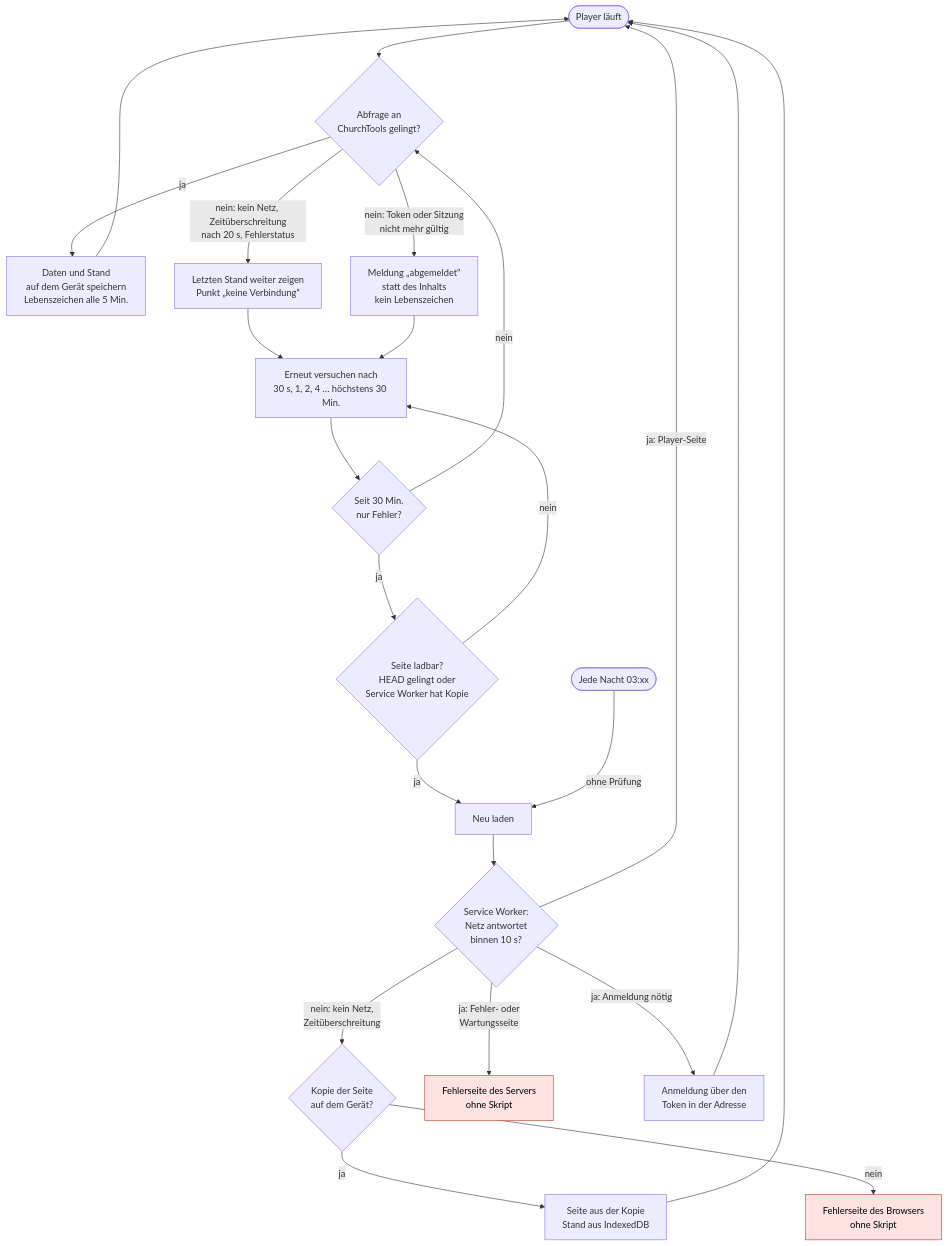
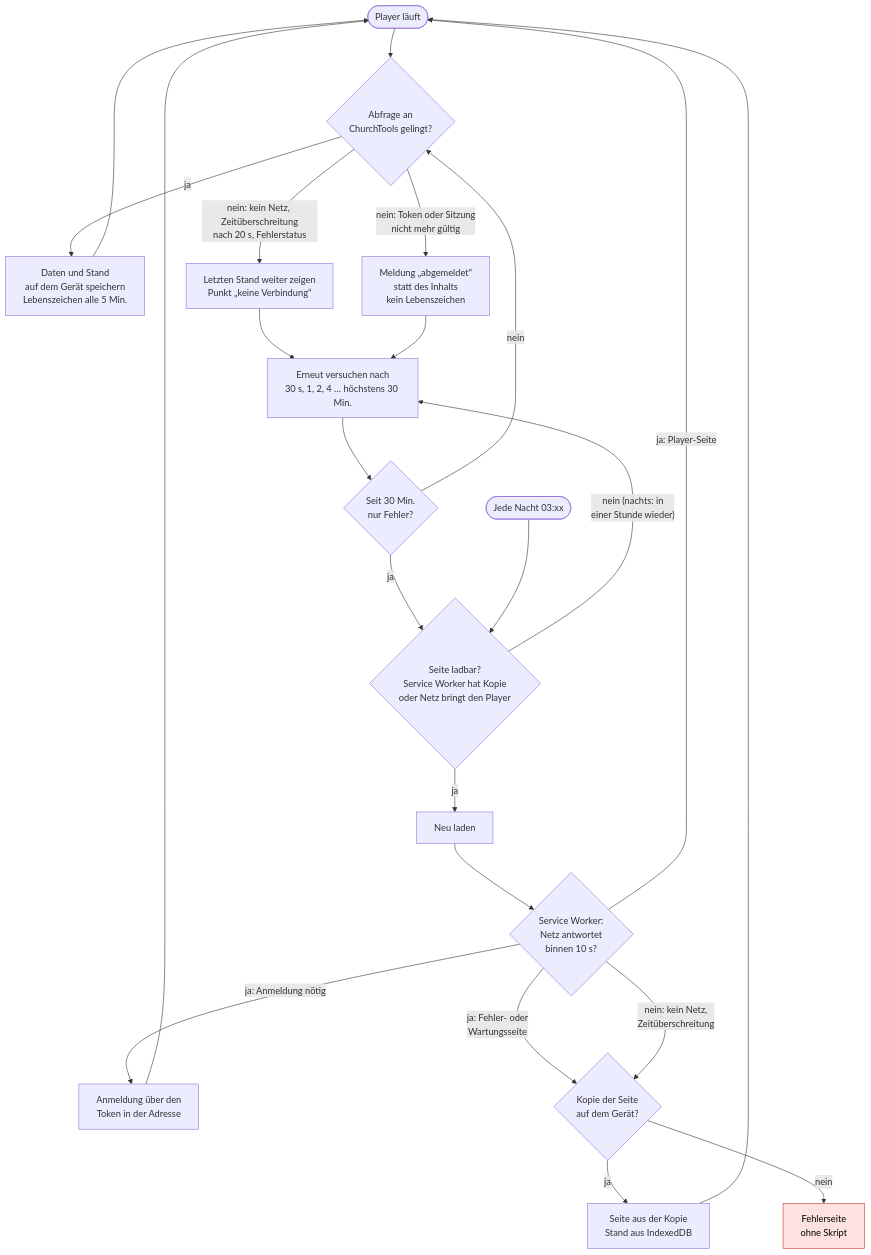
Before and after one commit to wirsindcgks/churchtools-infoscreen: the diagram in docs/Ausfall.md, drawn with Mermaid. The commit also changed other lines of this file and 5 other files, not shown here.

First line of the commit message:
Ausfall von ChurchTools: Kopie statt Fehlerseite, Neuladen nur in den Player (#222)

````diff
--- a/docs/Ausfall.md
+++ b/docs/Ausfall.md
@@ -21,27 +19,27 @@
 ```mermaid
 flowchart TD
     A([Player läuft]) --> B{Abfrage an<br/>ChurchTools gelingt?}
     B -- ja --> C[Daten und Stand<br/>auf dem Gerät speichern<br/>Lebenszeichen alle 5 Min.]
     C --> A
     B -- "nein: kein Netz, Zeitüberschreitung<br/>nach 20 s, Fehlerstatus" --> D[Letzten Stand weiter zeigen<br/>Punkt „keine Verbindung“]
+    B -- "nein: Token oder Sitzung<br/>nicht mehr gültig" --> Z[Meldung „abgemeldet“<br/>statt des Inhalts<br/>kein Lebenszeichen]
     D --> E[Erneut versuchen nach<br/>30 s, 1, 2, 4 … höchstens 30 Min.]
+    Z --> E
     E --> F{Seit 30 Min.<br/>nur Fehler?}
     F -- nein --> B
-    F -- ja --> G{Seite ladbar?<br/>HEAD gelingt oder<br/>Service Worker hat Kopie}
-    G -- nein --> E
+    F -- ja --> G
+    N([Jede Nacht 03:xx]) --> G{Seite ladbar?<br/>Service Worker hat Kopie<br/>oder Netz bringt den Player}
+    G -- "nein (nachts: in<br/>einer Stunde wieder)" --> E
     G -- ja --> R
-    N([Jede Nacht 03:xx]) -- "ohne Prüfung" --> R
 
     R[Neu laden] --> S{Service Worker:<br/>Netz antwortet<br/>binnen 10 s?}
+    S -- "ja: Player-Seite" --> A
+    S -- "ja: Anmeldung nötig" --> L[Anmeldung über den<br/>Token in der Adresse] --> A
+    S -- "ja: Fehler- oder<br/>Wartungsseite" --> T
     S -- "nein: kein Netz,<br/>Zeitüberschreitung" --> T{Kopie der Seite<br/>auf dem Gerät?}
     T -- ja --> U[Seite aus der Kopie<br/>Stand aus IndexedDB] --> A
-    T -- nein --> X[Fehlerseite des Browsers<br/>ohne Skript]
-    S -- "ja: Player-Seite" --> A
-    S -- "ja: Fehler- oder<br/>Wartungsseite" --> Y[Fehlerseite des Servers<br/>ohne Skript]
-    S -- "ja: Anmeldung nötig" --> L[Anmeldung über den<br/>Token in der Adresse] --> A
-    B -- "nein: Token oder Sitzung<br/>nicht mehr gültig" --> Z[Meldung „abgemeldet“<br/>statt des Inhalts<br/>kein Lebenszeichen]
-    Z --> E
+    T -- nein --> X[Fehlerseite<br/>ohne Skript]
 
     classDef bad fill:#fde2e1,stroke:#c0392b,color:#000
-    class X,Y bad
+    class X bad
 ```
````
